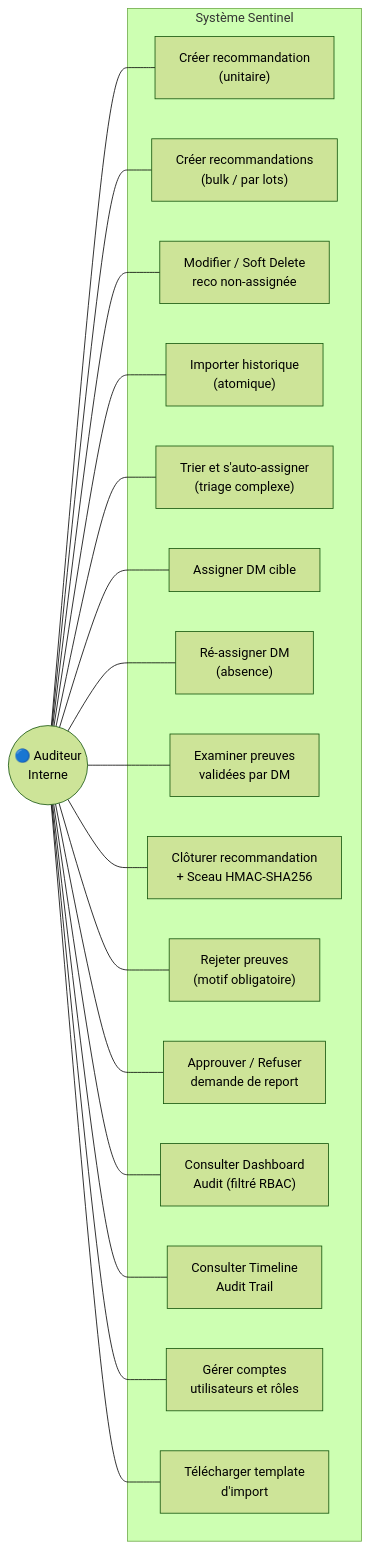
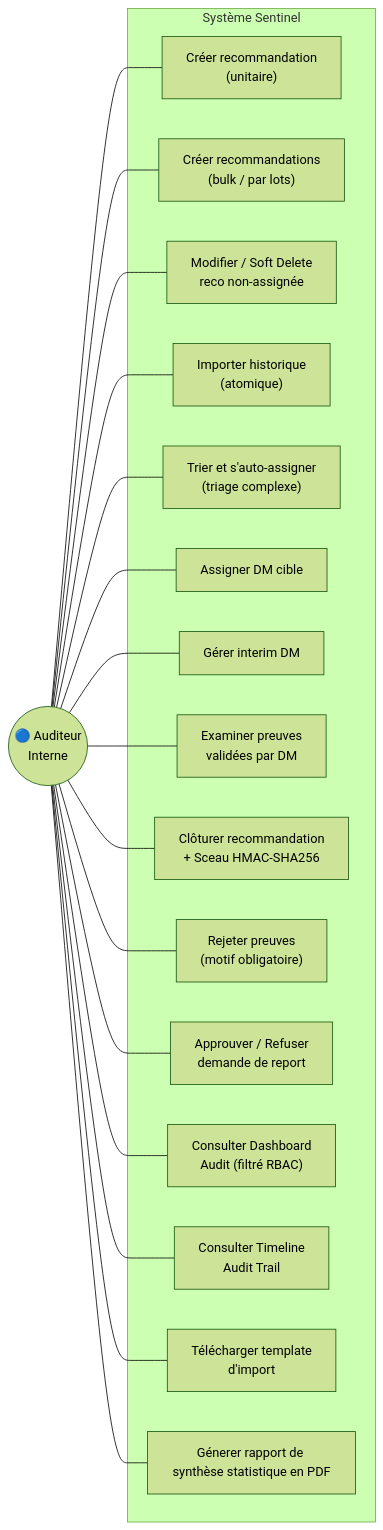
The fourth of 24 diagrams in _bmad-output/planning-artifacts/architecture-v2.md (Tchendjou2003/bicec--Sentinel), drawn with Mermaid (forest theme) before and after one commit. The commit also changed other lines of this file and 7 other files, not shown here.

Commit message:
feat: add planning artifacts including UX design specifications, architecture, and project documentation

````diff
--- a/_bmad-output/planning-artifacts/architecture-v2.md
+++ b/_bmad-output/planning-artifacts/architecture-v2.md
@@ -632,38 +663,38 @@
 ```mermaid
 flowchart LR
     subgraph "Système Sentinel"
         UC1["Créer recommandation\n(unitaire)"]
         UC2["Créer recommandations\n(bulk / par lots)"]
         UC3["Modifier / Soft Delete\nreco non-assignée"]
         UC4["Importer historique\n(atomique)"]
         UC5["Trier et s'auto-assigner\n(triage complexe)"]
         UC6["Assigner DM cible"]
-        UC7["Ré-assigner DM\n(absence)"]
+        UC7["Gérer interim DM"]
         UC8["Examiner preuves\nvalidées par DM"]
         UC9["Clôturer recommandation\n+ Sceau HMAC-SHA256"]
         UC10["Rejeter preuves\n(motif obligatoire)"]
         UC11["Approuver / Refuser\ndemande de report"]
         UC12["Consulter Dashboard\nAudit (filtré RBAC)"]
         UC13["Consulter Timeline\nAudit Trail"]
-        UC14["Gérer comptes\nutilisateurs et rôles"]
-        UC15["Télécharger template\nd'import"]
+        UC14["Télécharger template\nd'import"]
+        UC15["Génerer rapport de synthèse statistique en PDF"]
     end
 
     AU(("🔵 Auditeur\nInterne"))
 
     AU --- UC1
     AU --- UC2
     AU --- UC3
     AU --- UC4
     AU --- UC5
     AU --- UC6
     AU --- UC7
     AU --- UC8
     AU --- UC9
     AU --- UC10
     AU --- UC11
     AU --- UC12
     AU --- UC13
     AU --- UC14
     AU --- UC15
 ```
````
